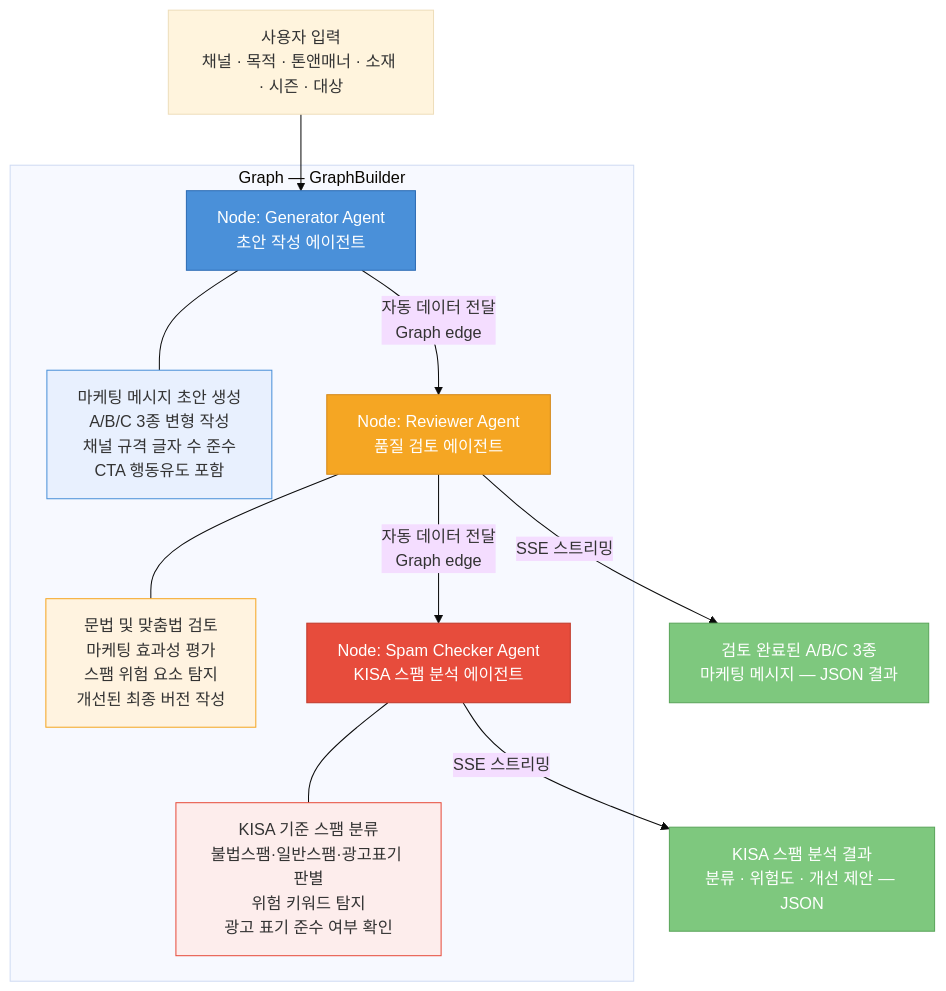
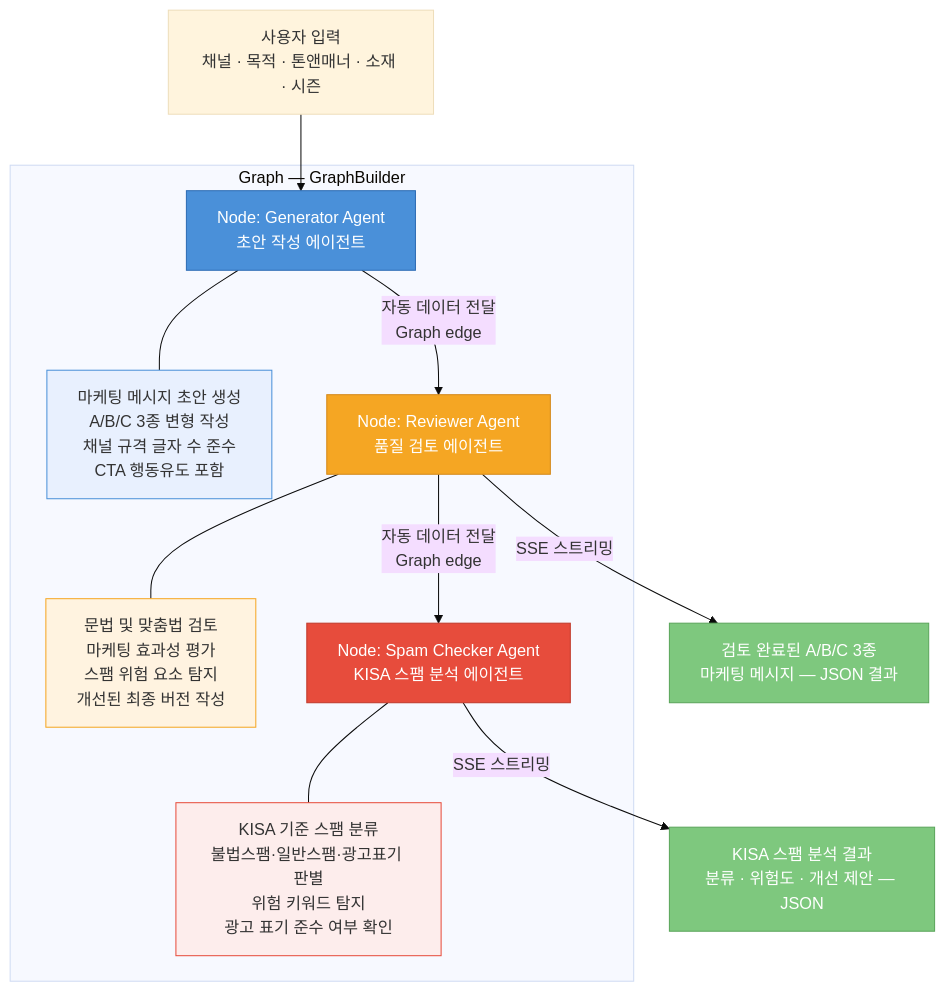
The third of 5 diagrams in README.md (alipeople/aws-ai-poc-1), drawn with Mermaid (base theme) before and after one commit. The commit also changed other lines of this file, not shown here.

````diff
--- a/README.md
+++ b/README.md
@@ -99,36 +119,36 @@
 ```mermaid
 graph TD
-    INPUT["사용자 입력<br>채널 · 목적 · 톤앤매너 · 소재 · 시즌 · 대상"]
+    INPUT["사용자 입력<br>채널 · 목적 · 톤앤매너 · 소재 · 시즌"]
 
     INPUT --> GEN
 
     subgraph GRAPH["Graph — GraphBuilder"]
         GEN["Node: Generator Agent<br>초안 작성 에이전트"]
         GEN_DETAIL["마케팅 메시지 초안 생성<br>A/B/C 3종 변형 작성<br>채널 규격 글자 수 준수<br>CTA 행동유도 포함"]
         GEN --- GEN_DETAIL
 
         GEN -->|자동 데이터 전달<br>Graph edge| REV
 
         REV["Node: Reviewer Agent<br>품질 검토 에이전트"]
         REV_DETAIL["문법 및 맞춤법 검토<br>마케팅 효과성 평가<br>스팸 위험 요소 탐지<br>개선된 최종 버전 작성"]
         REV --- REV_DETAIL
 
         REV -->|자동 데이터 전달<br>Graph edge| SPAM
 
         SPAM["Node: Spam Checker Agent<br>KISA 스팸 분석 에이전트"]
         SPAM_DETAIL["KISA 기준 스팸 분류<br>불법스팸·일반스팸·광고표기 판별<br>위험 키워드 탐지<br>광고 표기 준수 여부 확인"]
         SPAM --- SPAM_DETAIL
     end
 
     REV -->|SSE 스트리밍| OUTPUT["검토 완료된 A/B/C 3종<br>마케팅 메시지 — JSON 결과"]
     SPAM -->|SSE 스트리밍| OUTPUT2["KISA 스팸 분석 결과<br>분류 · 위험도 · 개선 제안 — JSON"]
 
     style GEN fill:#4A90D9,stroke:#2D6CB4,color:#fff
     style REV fill:#F5A623,stroke:#D4891A,color:#fff
     style SPAM fill:#E74C3C,stroke:#C0392B,color:#fff
     style OUTPUT fill:#7EC87E,stroke:#5AA55A,color:#fff
     style OUTPUT2 fill:#7EC87E,stroke:#5AA55A,color:#fff
     style GEN_DETAIL fill:#E8F0FE,stroke:#4A90D9,color:#333
     style REV_DETAIL fill:#FFF3E0,stroke:#F5A623,color:#333
     style SPAM_DETAIL fill:#FDEDEC,stroke:#E74C3C,color:#333
 ```
````
